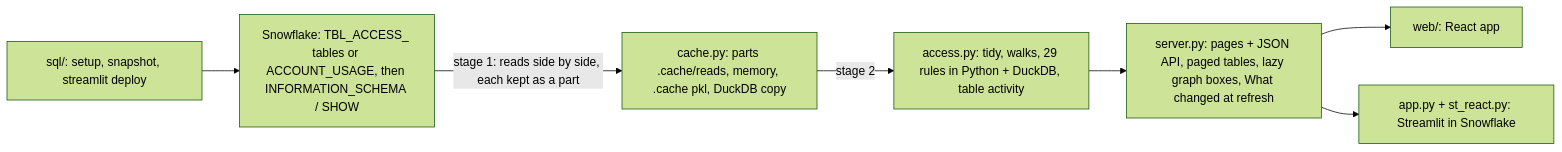
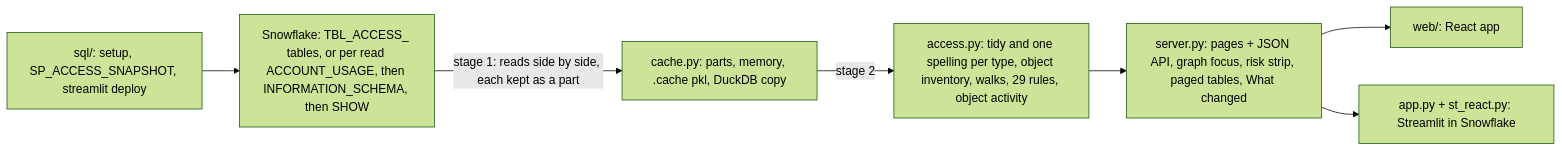
The diagram in snowflake-access-explorer-knowledge-graph/index.md (darshanmeel/snowflake-access-explorer), drawn with Mermaid (forest theme) before and after one commit. The commit also changed other lines of this file and 97 other files, not shown here.

First line of the commit message:
Knowledge graph: updated for 80 commits (read levels, object inventory, object activity, graph focus, risks, Home)

````diff
--- a/snowflake-access-explorer-knowledge-graph/index.md
+++ b/snowflake-access-explorer-knowledge-graph/index.md
@@ -8,9 +8,9 @@
 ```mermaid
 flowchart LR
-  SF[Snowflake: TBL_ACCESS_ tables or ACCOUNT_USAGE, then INFORMATION_SCHEMA / SHOW] -->|stage 1: reads side by side, each kept as a part| CACHE
-  CACHE[cache.py: parts .cache/reads, memory, .cache pkl, DuckDB copy] -->|stage 2| ACC[access.py: tidy, walks, 29 rules in Python + DuckDB, table activity]
-  ACC --> SRV[server.py: pages + JSON API, paged tables, lazy graph boxes, What changed at refresh]
+  SF[Snowflake: TBL_ACCESS_ tables, or per read ACCOUNT_USAGE, then INFORMATION_SCHEMA, then SHOW] -->|stage 1: reads side by side, each kept as a part| CACHE
+  CACHE[cache.py: parts, memory, .cache pkl, DuckDB copy] -->|stage 2| ACC[access.py: tidy and one spelling per type, object inventory, walks, 29 rules, object activity]
+  ACC --> SRV[server.py: pages + JSON API, graph focus, risk strip, paged tables, What changed]
   SRV --> WEB[web/: React app]
   SRV --> ST[app.py + st_react.py: Streamlit in Snowflake]
-  SQL[sql/: setup, snapshot, streamlit deploy] --> SF
+  SQL[sql/: setup, SP_ACCESS_SNAPSHOT, streamlit deploy] --> SF
 ```
````
